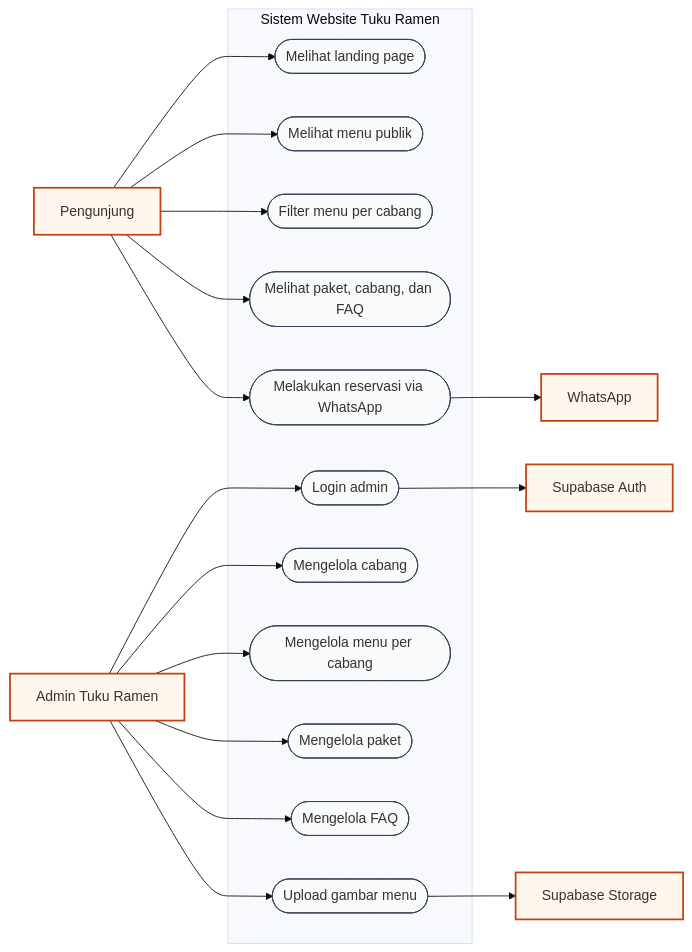
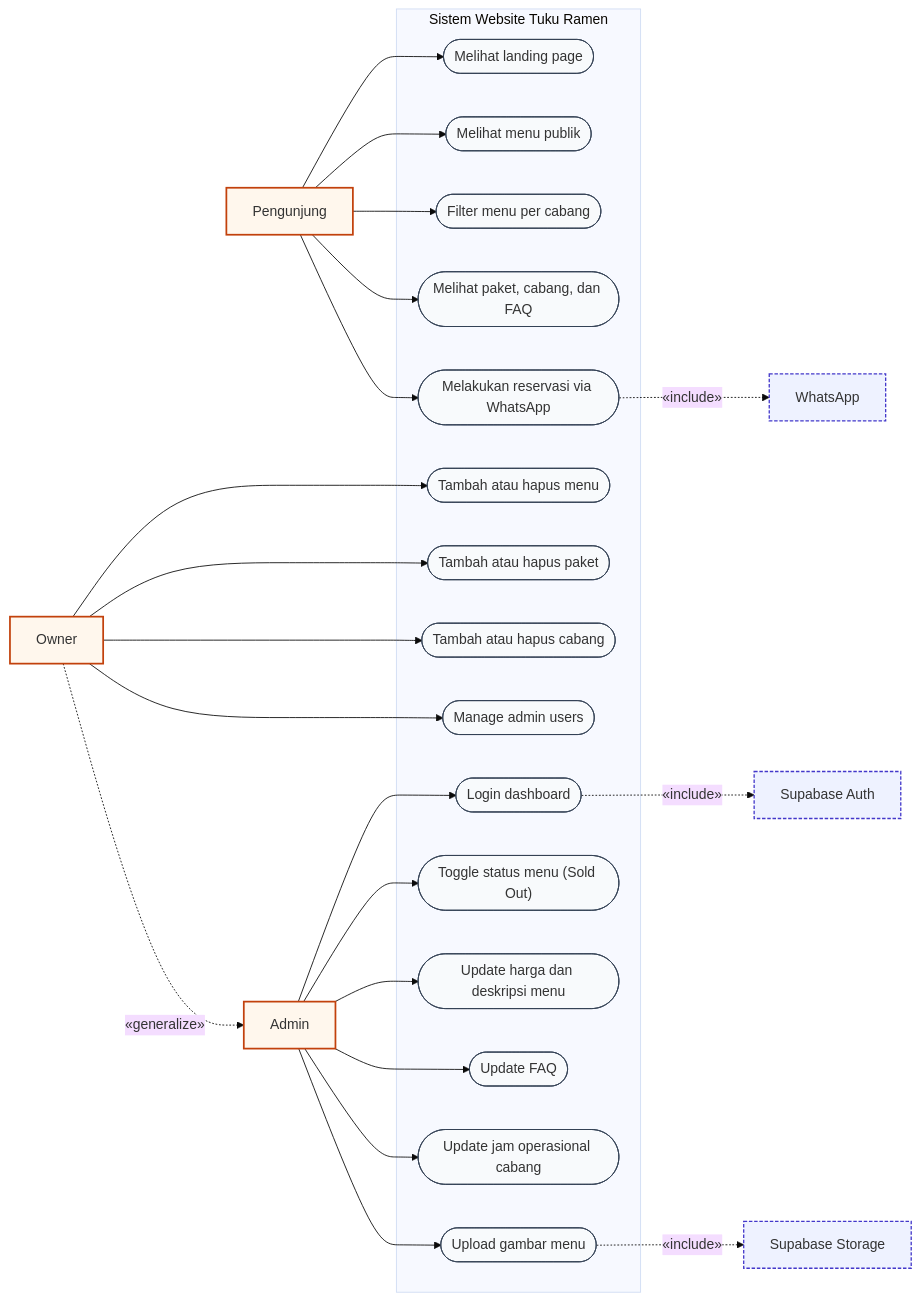
The first of 4 diagrams in README.md (surya0x/tukuramen), drawn with Mermaid (base theme) before and after one commit. The commit also changed other lines of this file and 23 other files, not shown here.

````diff
--- a/README.md
+++ b/README.md
@@ -16,42 +16,56 @@
 ```mermaid
 flowchart LR
   Visitor["Pengunjung"]:::actor
-  Admin["Admin Tuku Ramen"]:::actor
-  Auth["Supabase Auth"]:::actor
-  Storage["Supabase Storage"]:::actor
-  WA["WhatsApp"]:::actor
+  Admin["Admin"]:::actor
+  Owner["Owner"]:::actor
+  Auth["Supabase Auth"]:::system
+  Storage["Supabase Storage"]:::system
+  WA["WhatsApp"]:::system
 
   subgraph System["Sistem Website Tuku Ramen"]
     UC1(["Melihat landing page"])
     UC2(["Melihat menu publik"])
     UC3(["Filter menu per cabang"])
     UC4(["Melihat paket, cabang, dan FAQ"])
     UC5(["Melakukan reservasi via WhatsApp"])
-    UC6(["Login admin"])
-    UC7(["Mengelola cabang"])
-    UC8(["Mengelola menu per cabang"])
-    UC9(["Mengelola paket"])
-    UC10(["Mengelola FAQ"])
+
+    UC6(["Login dashboard"])
+    UC7(["Toggle status menu (Sold Out)"])
+    UC8(["Update harga dan deskripsi menu"])
+    UC9(["Update FAQ"])
+    UC10(["Update jam operasional cabang"])
     UC11(["Upload gambar menu"])
+
+    UC12(["Tambah atau hapus menu"])
+    UC13(["Tambah atau hapus paket"])
+    UC14(["Tambah atau hapus cabang"])
+    UC15(["Manage admin users"])
   end
 
   Visitor --> UC1
   Visitor --> UC2
   Visitor --> UC3
   Visitor --> UC4
   Visitor --> UC5
-  UC5 --> WA
+  UC5 -.->|"&laquo;include&raquo;"| WA
 
   Admin --> UC6
-  UC6 --> Auth
   Admin --> UC7
   Admin --> UC8
   Admin --> UC9
   Admin --> UC10
   Admin --> UC11
-  UC11 --> Storage
+  UC6 -.->|"&laquo;include&raquo;"| Auth
+  UC11 -.->|"&laquo;include&raquo;"| Storage
+
+  Owner --> UC12
+  Owner --> UC13
+  Owner --> UC14
+  Owner --> UC15
+  Owner -.->|"&laquo;generalize&raquo;"| Admin
 
   classDef actor fill:#fff7ed,stroke:#c2410c,stroke-width:2px;
+  classDef system fill:#eef2ff,stroke:#4338ca,stroke-width:1.5px,stroke-dasharray: 4 2;
   classDef usecase fill:#f8fafc,stroke:#334155,stroke-width:1px;
-  class UC1,UC2,UC3,UC4,UC5,UC6,UC7,UC8,UC9,UC10,UC11 usecase;
+  class UC1,UC2,UC3,UC4,UC5,UC6,UC7,UC8,UC9,UC10,UC11,UC12,UC13,UC14,UC15 usecase;
 ```
````
